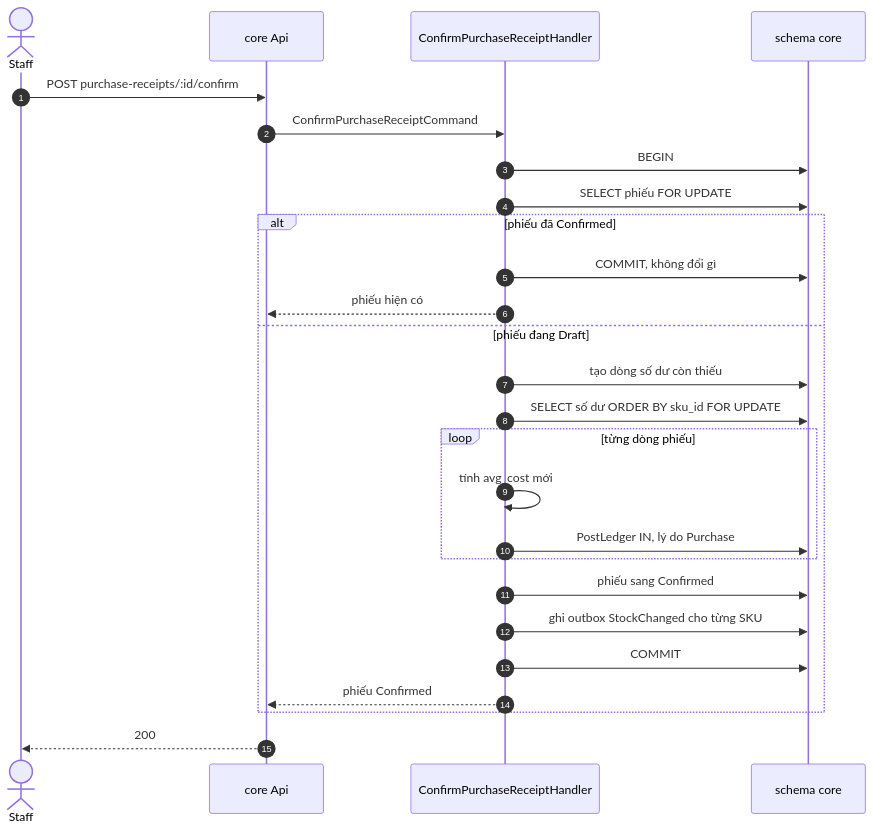
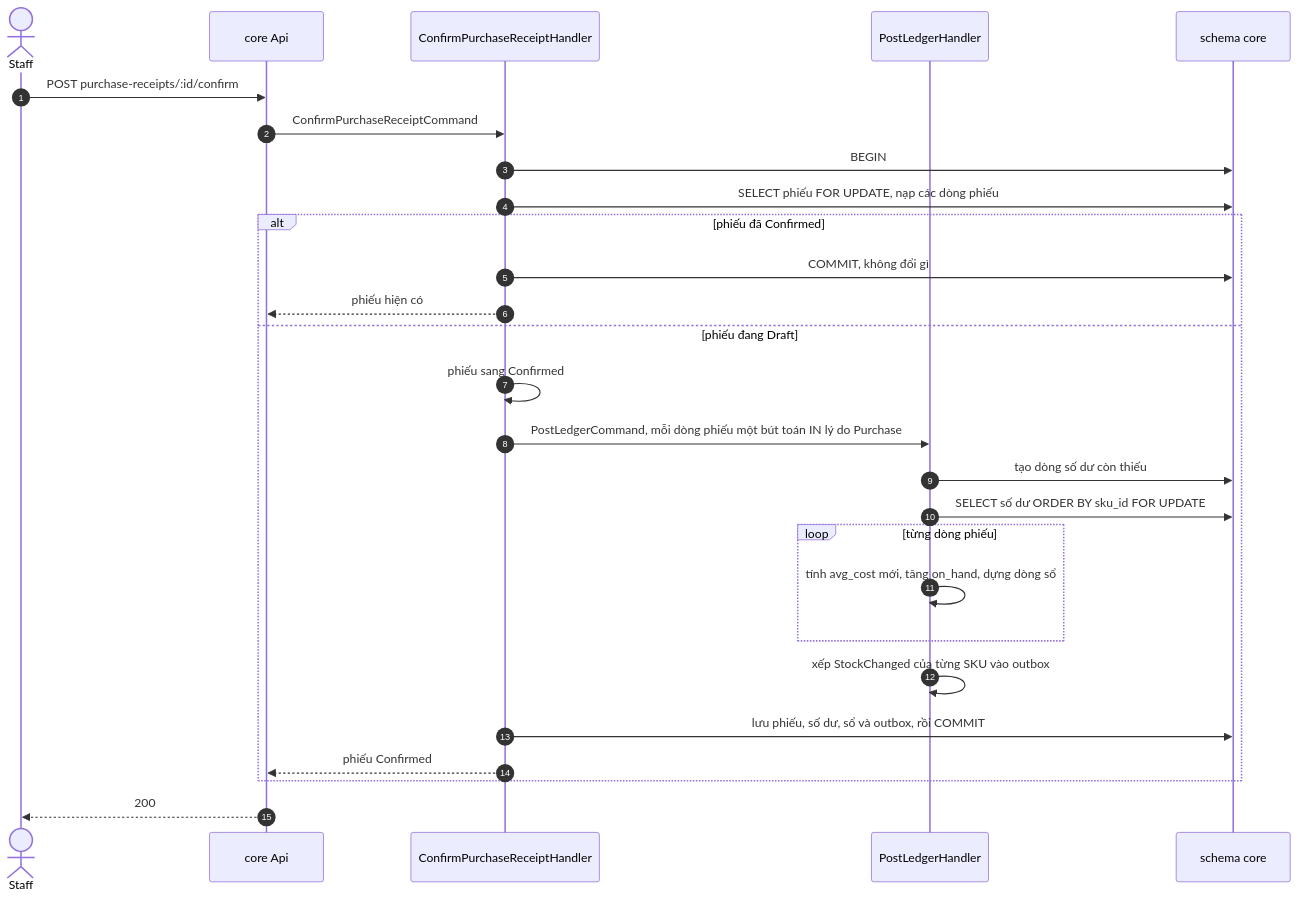
The diagram in docs/design/flows/purchase-receipt.md (kapfm789/XDPMOOP), drawn with Mermaid before and after one commit. The commit also changed other lines of this file and 28 other files, not shown here.

````diff
--- a/docs/design/flows/purchase-receipt.md
+++ b/docs/design/flows/purchase-receipt.md
@@ -5,29 +5,30 @@
 ```mermaid
 sequenceDiagram
   autonumber
   actor Staff
   participant Api as core Api
   participant UC as ConfirmPurchaseReceiptHandler
+  participant PL as PostLedgerHandler
   participant DB as schema core
 
   Staff->>Api: POST purchase-receipts/:id/confirm
   Api->>UC: ConfirmPurchaseReceiptCommand
   UC->>DB: BEGIN
-  UC->>DB: SELECT phiếu FOR UPDATE
+  UC->>DB: SELECT phiếu FOR UPDATE, nạp các dòng phiếu
   alt phiếu đã Confirmed
     UC->>DB: COMMIT, không đổi gì
     UC-->>Api: phiếu hiện có
   else phiếu đang Draft
-    UC->>DB: tạo dòng số dư còn thiếu
-    UC->>DB: SELECT số dư ORDER BY sku_id FOR UPDATE
+    UC->>UC: phiếu sang Confirmed
+    UC->>PL: PostLedgerCommand, mỗi dòng phiếu một bút toán IN lý do Purchase
+    PL->>DB: tạo dòng số dư còn thiếu
+    PL->>DB: SELECT số dư ORDER BY sku_id FOR UPDATE
     loop từng dòng phiếu
-      UC->>UC: tính avg_cost mới
-      UC->>DB: PostLedger IN, lý do Purchase
+      PL->>PL: tính avg_cost mới, tăng on_hand, dựng dòng sổ
     end
-    UC->>DB: phiếu sang Confirmed
-    UC->>DB: ghi outbox StockChanged cho từng SKU
-    UC->>DB: COMMIT
+    PL->>PL: xếp StockChanged của từng SKU vào outbox
+    UC->>DB: lưu phiếu, số dư, sổ và outbox, rồi COMMIT
     UC-->>Api: phiếu Confirmed
   end
   Api-->>Staff: 200
 ```
````
